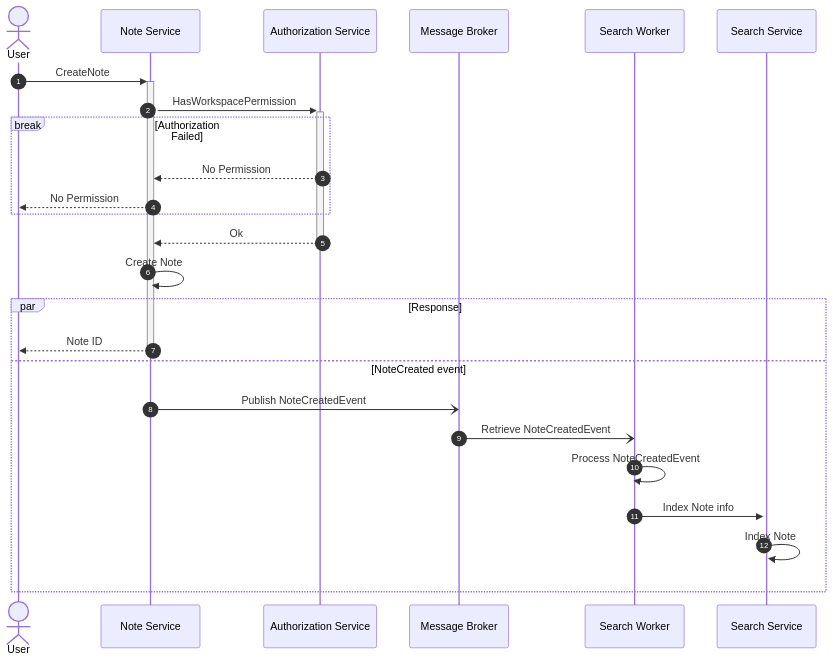
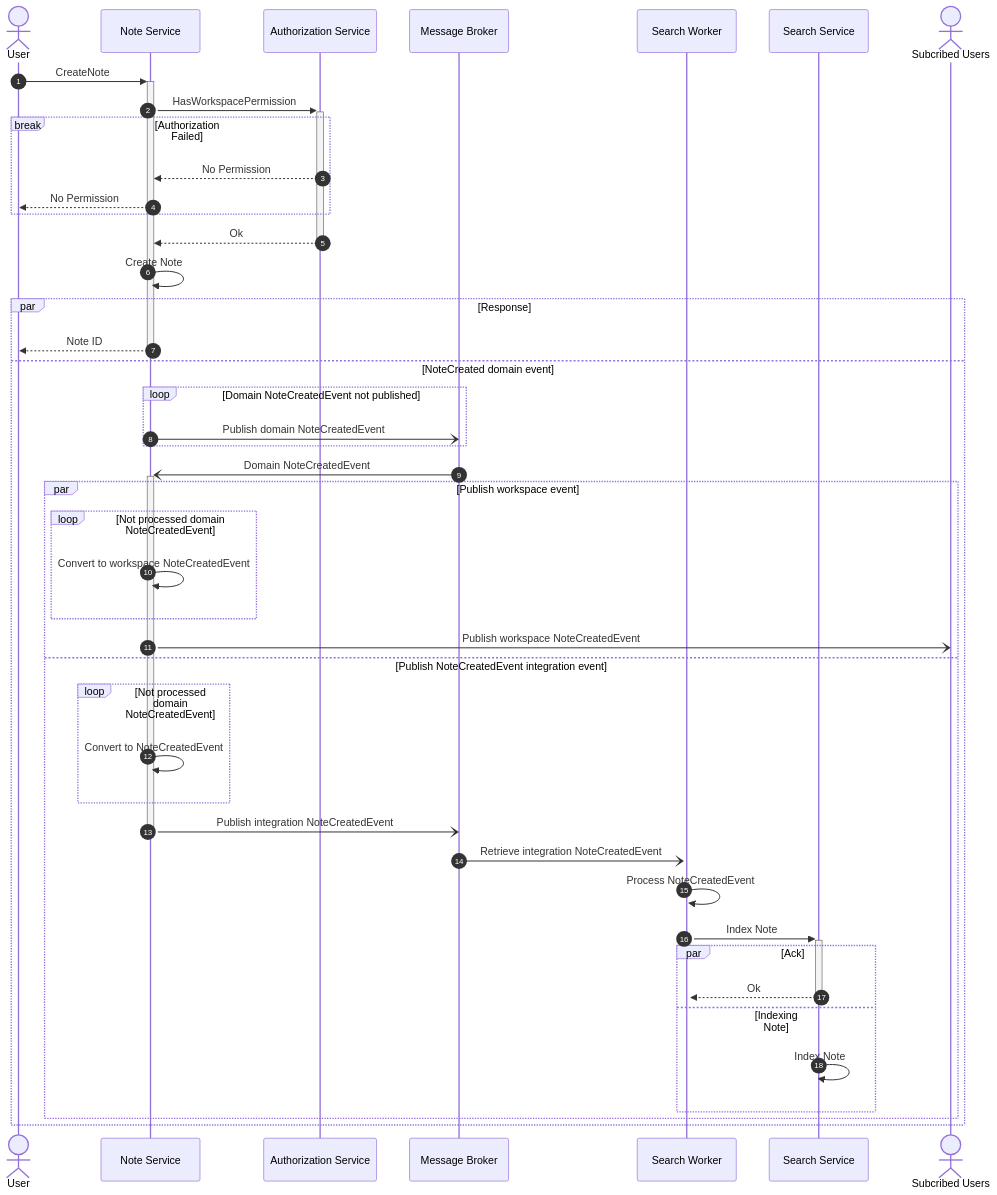
The first of 5 diagrams in docs/src/references/sequence/note.md (notopia-uit/notopia), drawn with Mermaid before and after one commit. The commit also changed other lines of this file and 3 other files, not shown here.

Commit message:
feat(docs): update diagrams

````diff
--- a/docs/src/references/sequence/note.md
+++ b/docs/src/references/sequence/note.md
@@ -12,29 +12,48 @@
 ```mermaid
 sequenceDiagram
     autonumber
 
     actor U as User
     participant NS as Note Service
     participant AS as Authorization Service
     participant MB as Message Broker
     participant SW as Search Worker
     participant SS as Search Service
+    actor SU as Subcribed Users
 
     U->>+NS: CreateNote
     NS->>+AS: HasWorkspacePermission
     break Authorization Failed
         AS-->>NS: No Permission
         NS-->>U: No Permission
     end
     AS-->>-NS: Ok
     NS->>NS: Create Note
     par Response
         NS-->>-U: Note ID
-    and NoteCreated event
-        NS-)MB: Publish NoteCreatedEvent
-        MB-)SW: Retrieve NoteCreatedEvent
-        SW->>SW: Process NoteCreatedEvent
-        SW->>+SS: Index Note info
-        SS->>+SS: Index Note
+    and NoteCreated domain event
+        loop Domain NoteCreatedEvent not published
+            NS-)MB: Publish domain NoteCreatedEvent
+        end
+        MB-)+NS: Domain NoteCreatedEvent
+        par Publish workspace event
+            loop Not processed domain NoteCreatedEvent
+                NS->>NS: Convert to workspace NoteCreatedEvent
+            end
+            NS-)SU: Publish workspace NoteCreatedEvent
+        and Publish NoteCreatedEvent integration event
+            loop Not processed domain NoteCreatedEvent
+                NS->>NS: Convert to NoteCreatedEvent
+            end
+            NS-)-MB: Publish integration NoteCreatedEvent
+            MB-)+SW: Retrieve integration NoteCreatedEvent
+            SW->>SW: Process NoteCreatedEvent
+            SW->>+SS: Index Note
+            par Ack
+                SS-->>-SW: Ok
+            and Indexing Note
+                SS->>+SS: Index Note
+            end
+        end
     end
 ```
````
